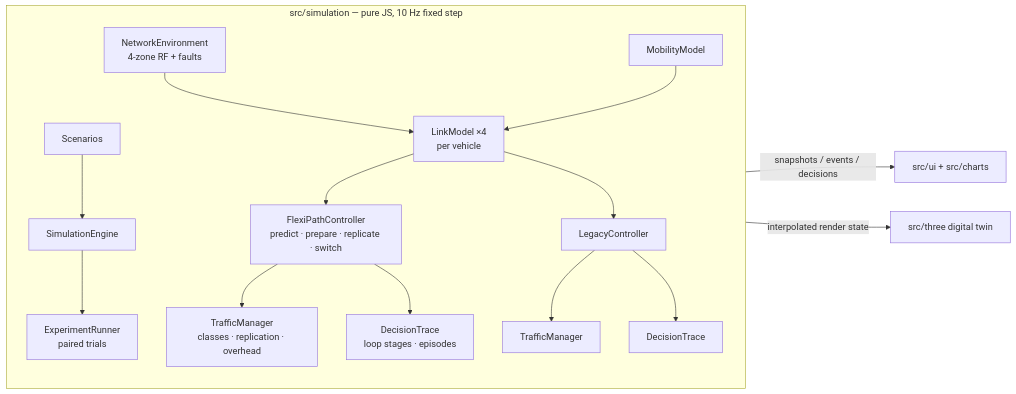
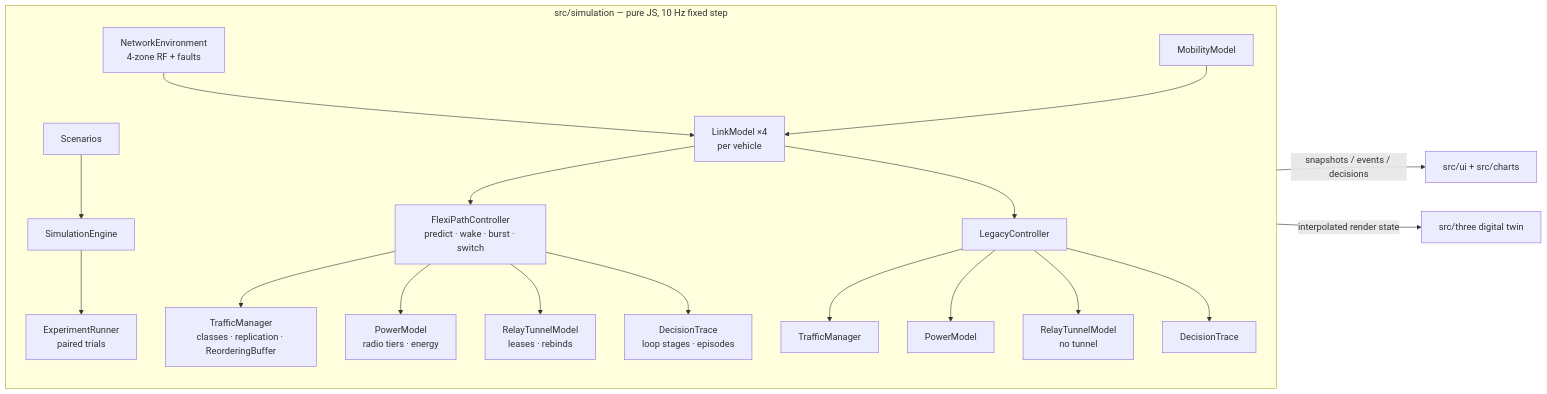
One commit to FuadAhamed91/FlexiPath changed the second of 2 diagrams in README.md. Above: the diagram before and after it, drawn with Mermaid. The commit also changed other lines of this file and 33 other files, not shown here.

````diff
--- a/README.md
+++ b/README.md
@@ -182,17 +270,21 @@
 ```mermaid
 flowchart LR
   subgraph SIM["src/simulation — pure JS, 10 Hz fixed step"]
     SC[Scenarios] --> ENG[SimulationEngine]
     ENV[NetworkEnvironment<br/>4-zone RF + faults] --> LM[LinkModel ×4<br/>per vehicle]
     MOB[MobilityModel] --> LM
-    LM --> FP[FlexiPathController<br/>predict · prepare · replicate · switch]
+    LM --> FP[FlexiPathController<br/>predict · wake · burst · switch]
     LM --> LG[LegacyController]
-    FP --> TM1[TrafficManager<br/>classes · replication · overhead]
+    FP --> TM1[TrafficManager<br/>classes · replication · ReorderingBuffer]
     LG --> TM2[TrafficManager]
+    FP --> PW1[PowerModel<br/>radio tiers · energy]
+    LG --> PW2[PowerModel]
+    FP --> RT1[RelayTunnelModel<br/>leases · rebinds]
+    LG --> RT2[RelayTunnelModel<br/>no tunnel]
     FP --> DT1[DecisionTrace<br/>loop stages · episodes]
     LG --> DT2[DecisionTrace]
     ENG --> RUN[ExperimentRunner<br/>paired trials]
   end
   SIM -- snapshots / events / decisions --> HUD[src/ui + src/charts]
   SIM -- interpolated render state --> TWIN[src/three digital twin]
 ```
````
